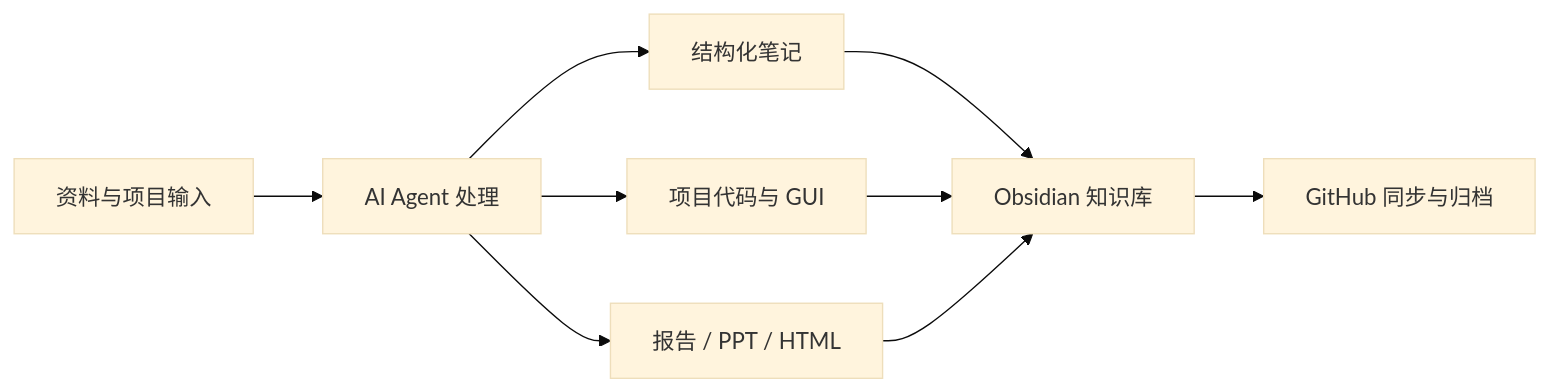
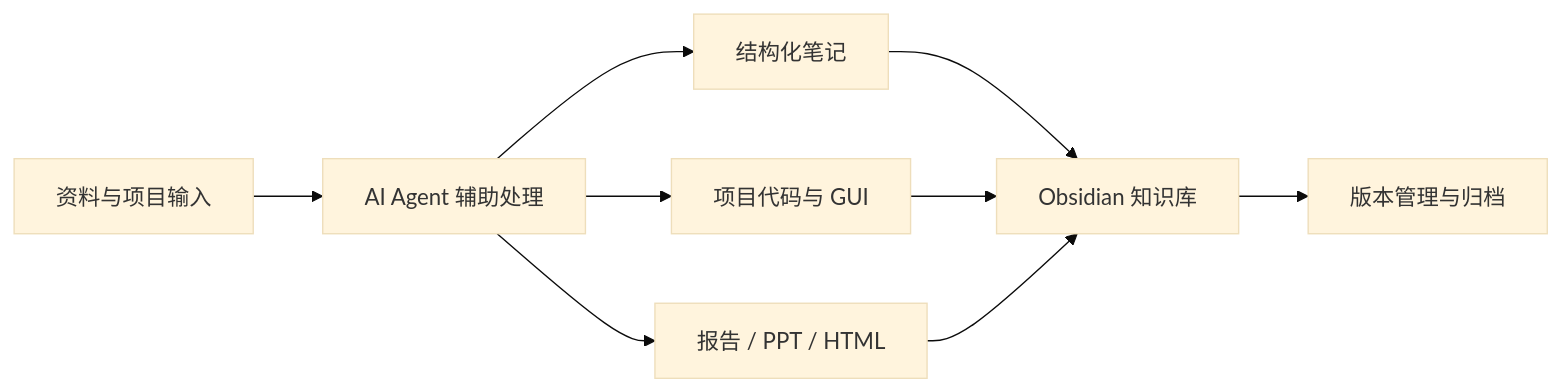
One commit to xiaochunfengbuxiao/xiaochunfengbuxiao changed the diagram in README.md. Above: the diagram before and after it, drawn with Mermaid (base theme). The commit also changed other lines of this file, not shown here.

````diff
--- a/README.md
+++ b/README.md
@@ -72,11 +72,11 @@
 ```mermaid
 flowchart LR
-    A[资料与项目输入] --> B[AI Agent 处理]
+    A[资料与项目输入] --> B[AI Agent 辅助处理]
     B --> C[结构化笔记]
     B --> D[项目代码与 GUI]
     B --> E[报告 / PPT / HTML]
     C --> F[Obsidian 知识库]
     D --> F
     E --> F
-    F --> G[GitHub 同步与归档]
+    F --> G[版本管理与归档]
 ```
````
